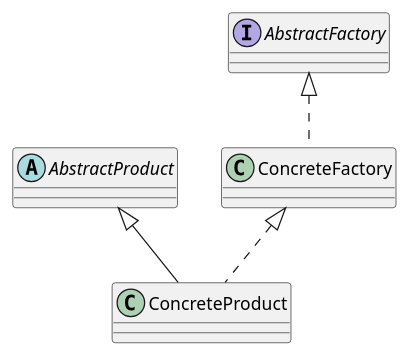
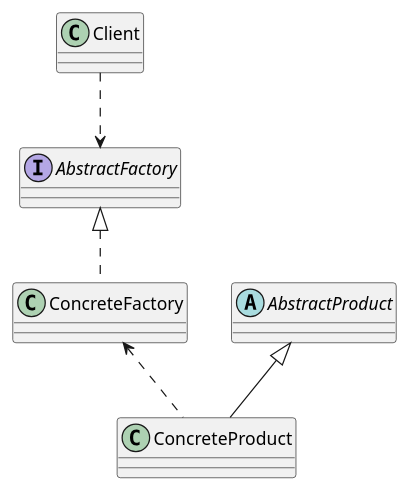
The diagram in factory-method/src/main/java/org/arvinw/example4_4/factory-method.puml (WRJcode/md-design-pattern), drawn with PlantUML before and after one commit. The commit also changed 111 other files, not shown here.

Commit message:
update UML file and uml picture

```diff
--- a/factory-method/src/main/java/org/arvinw/example4_4/factory-method.puml
+++ b/factory-method/src/main/java/org/arvinw/example4_4/factory-method.puml
@@ -1,13 +1,15 @@
 @startuml
 'https://plantuml.com/class-diagram
 
+class Client
 class ConcreteFactory
 abstract AbstractProduct
 interface AbstractFactory
 class ConcreteProduct
 
+Client ..>AbstractFactory
 AbstractProduct <|-- ConcreteProduct
 AbstractFactory <|.. ConcreteFactory
-ConcreteFactory <|.. ConcreteProduct
+ConcreteFactory <.. ConcreteProduct
 
 @enduml
```
